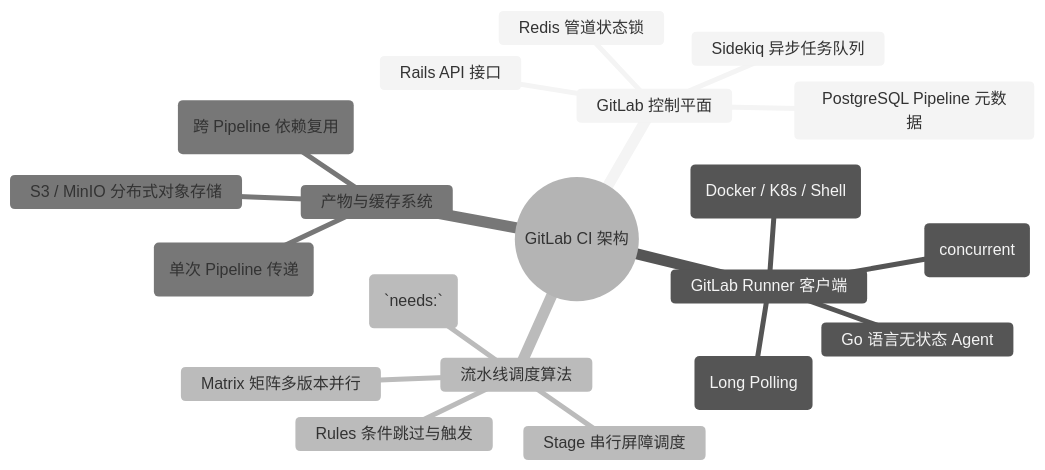
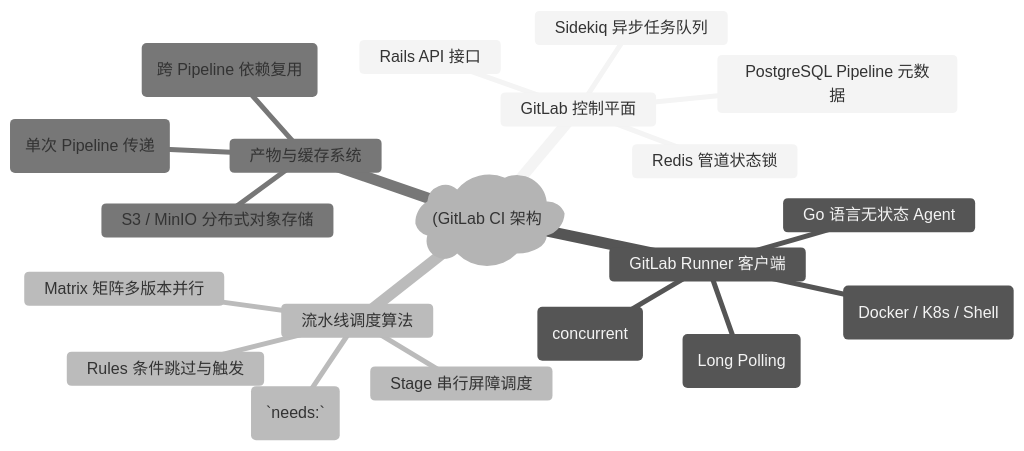
Before and after one commit to koosai/AI-Architect-Learning: the second of 6 diagrams in docs/atlas/gitlab-ci.mdx, drawn with Mermaid (neutral theme). The commit also changed other lines of this file and 187 other files, not shown here.

Commit message:
fix(mermaid): fix all unquoted parens and edge label syntax errors across all docs

````diff
--- a/docs/atlas/gitlab-ci.mdx
+++ b/docs/atlas/gitlab-ci.mdx
@@ -81,23 +81,23 @@
 ```mermaid
 mindmap
-  root((GitLab CI 架构))
+  root("(GitLab CI 架构"))
     GitLab 控制平面
       Rails API 接口
       Sidekiq 异步任务队列
       PostgreSQL Pipeline 元数据
       Redis 管道状态锁
     GitLab Runner 客户端
       Go 语言无状态 Agent
       HTTPS 长轮询 (Long Polling)
       Executor (Docker / K8s / Shell)
       Runner 并发度 (concurrent)
     流水线调度算法
       Stage 串行屏障调度
       DAG 拓扑调度 (`needs:`)
       Matrix 矩阵多版本并行
       Rules 条件跳过与触发
     产物与缓存系统
       Job Artifacts (单次 Pipeline 传递)
       Pipeline Cache (跨 Pipeline 依赖复用)
       S3 / MinIO 分布式对象存储
 ```
````
